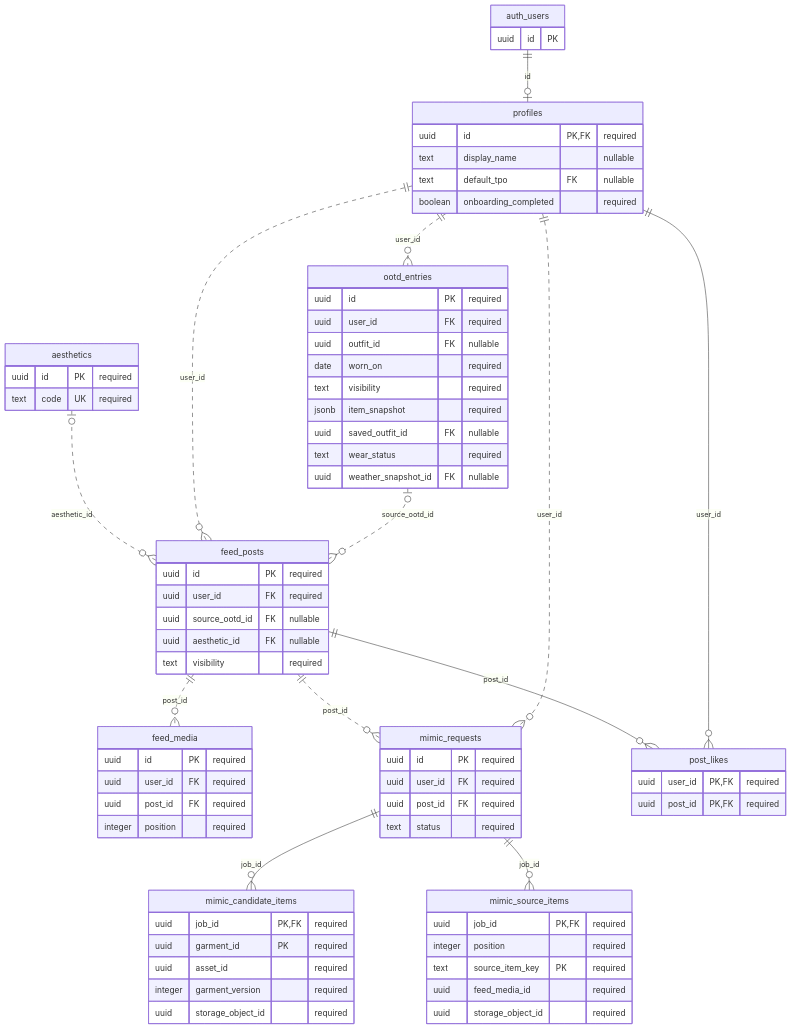
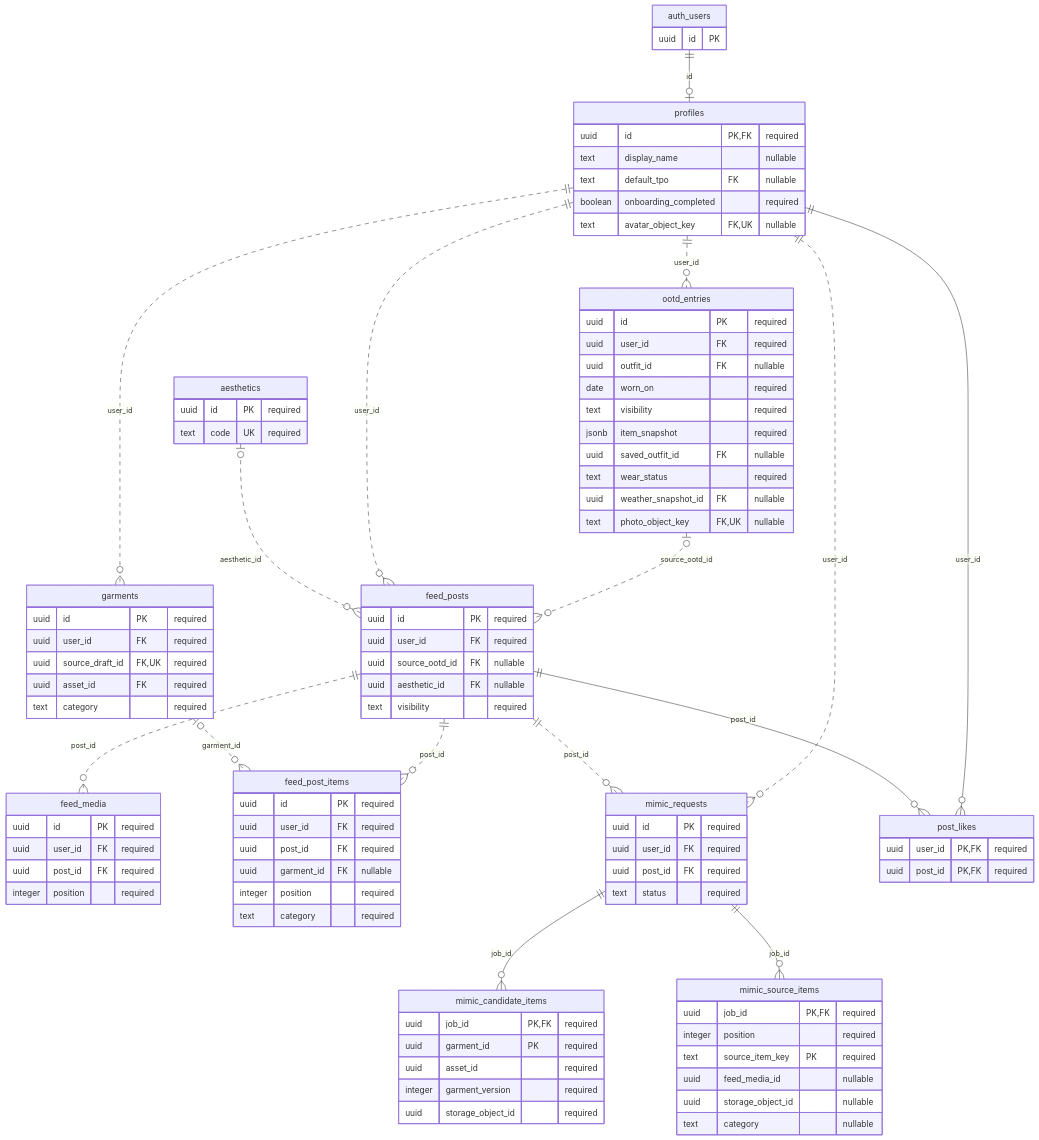
The fifth of 5 diagrams in deliverables/visuals/ERD.md (MAPICO-Project/MAPICO), drawn with Mermaid before and after one commit. The commit also changed other lines of this file and 73 other files, not shown here.

```diff
--- a/deliverables/visuals/ERD.md
+++ b/deliverables/visuals/ERD.md
@@ -232,9 +261,12 @@
 erDiagram
   direction TB
   feed_posts ||..o{ feed_media : "post_id"
+  garments o|..o{ feed_post_items : "garment_id"
+  feed_posts ||..o{ feed_post_items : "post_id"
   aesthetics o|..o{ feed_posts : "aesthetic_id"
   profiles ||..o{ feed_posts : "user_id"
   ootd_entries o|..o{ feed_posts : "source_ootd_id"
+  profiles ||..o{ garments : "user_id"
   mimic_requests ||--o{ mimic_candidate_items : "job_id"
   feed_posts ||..o{ mimic_requests : "post_id"
   profiles ||..o{ mimic_requests : "user_id"
@@ -251,6 +283,7 @@
     text display_name "nullable"
     text default_tpo FK "nullable"
     boolean onboarding_completed "required"
+    text avatar_object_key FK,UK "nullable"
   }
   aesthetics {
     uuid id PK "required"
@@ -266,6 +299,7 @@
     uuid saved_outfit_id FK "nullable"
     text wear_status "required"
     uuid weather_snapshot_id FK "nullable"
+    text photo_object_key FK,UK "nullable"
   }
   feed_posts {
     uuid id PK "required"
@@ -284,6 +318,21 @@
     uuid user_id PK,FK "required"
     uuid post_id PK,FK "required"
   }
+  feed_post_items {
+    uuid id PK "required"
+    uuid user_id FK "required"
+    uuid post_id FK "required"
+    uuid garment_id FK "nullable"
+    integer position "required"
+    text category "required"
+  }
+  garments {
+    uuid id PK "required"
+    uuid user_id FK "required"
+    uuid source_draft_id FK,UK "required"
+    uuid asset_id FK "required"
+    text category "required"
+  }
   mimic_requests {
     uuid id PK "required"
     uuid user_id FK "required"
@@ -294,8 +343,9 @@
     uuid job_id PK,FK "required"
     integer position "required"
     text source_item_key PK "required"
-    uuid feed_media_id "required"
-    uuid storage_object_id "required"
+    uuid feed_media_id "nullable"
+    uuid storage_object_id "nullable"
+    text category "nullable"
   }
   mimic_candidate_items {
     uuid job_id PK,FK "required"
```
